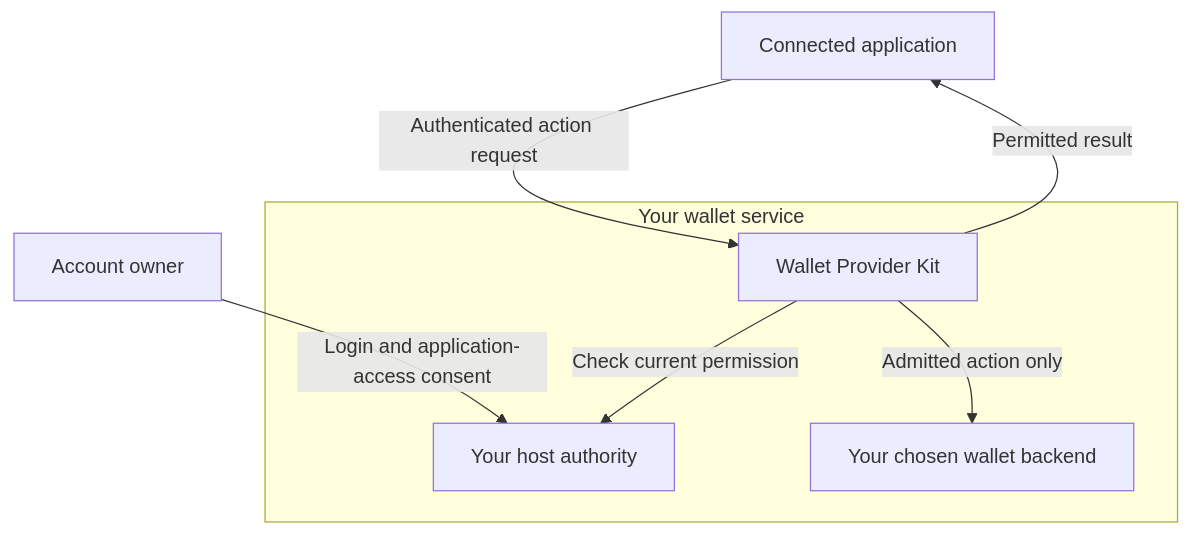
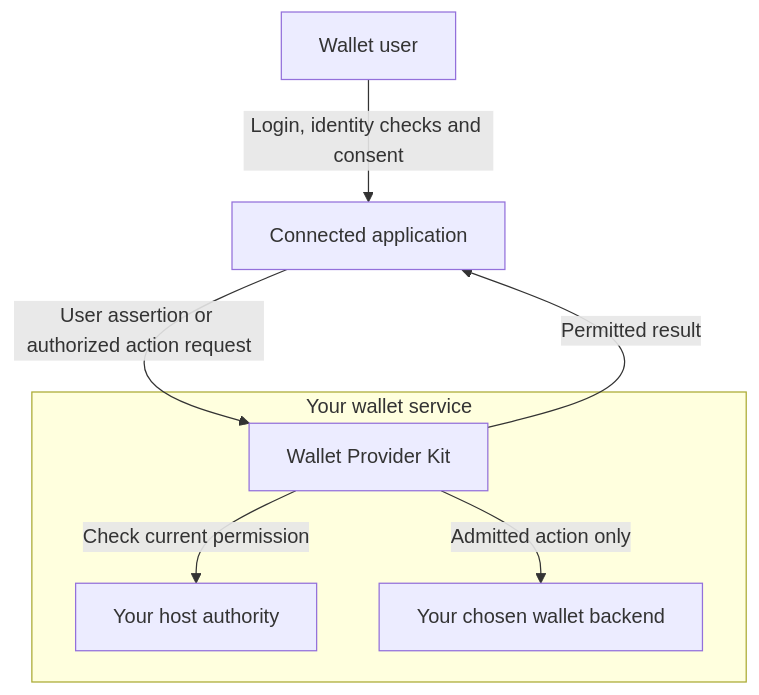
Before and after one commit to Moovha/wallet-provider-kit: the first of 2 diagrams in README.md, drawn with Mermaid. The commit also changed other lines of this file and 85 other files, not shown here.

Commit message:
feat: make application-led wallet access the standard flow

````diff
--- a/README.md
+++ b/README.md
@@ -156,12 +145,12 @@
 ```mermaid
 flowchart TB
     accTitle: Account owner, connected application and provider control
-    accDescr: The owner approves access through the host. Applications request actions from the toolkit, which checks host authority and calls the chosen backend. Only permitted results return to the application.
-    walletOwner["Account owner"] -->|"Login and application-access consent"|authority
-    connectedApp["Connected application"] -->|"Authenticated action request"|kit
+    accDescr: The user approves access in the application, which attests identity and consent to the provider. Applications request actions from the toolkit, which checks host authority and calls the chosen backend. Only permitted results return to the application.
+    walletOwner["Wallet user"] -->|"Login, identity checks and consent"|connectedApp
+    connectedApp["Connected application"] -->|"User assertion or authorized action request"|kit
     subgraph walletService["Your wallet service"]
         kit["Wallet Provider Kit"] -->|"Check current permission"|authority["Your host authority"]
         kit -->|"Admitted action only"|backend["Your chosen wallet backend"]
     end
     kit -->|"Permitted result"|connectedApp
 ```
````
